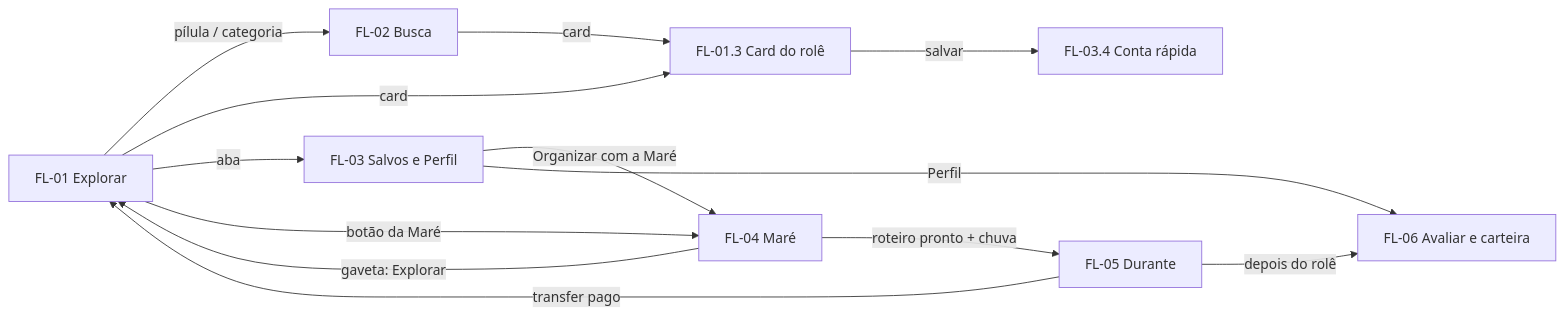
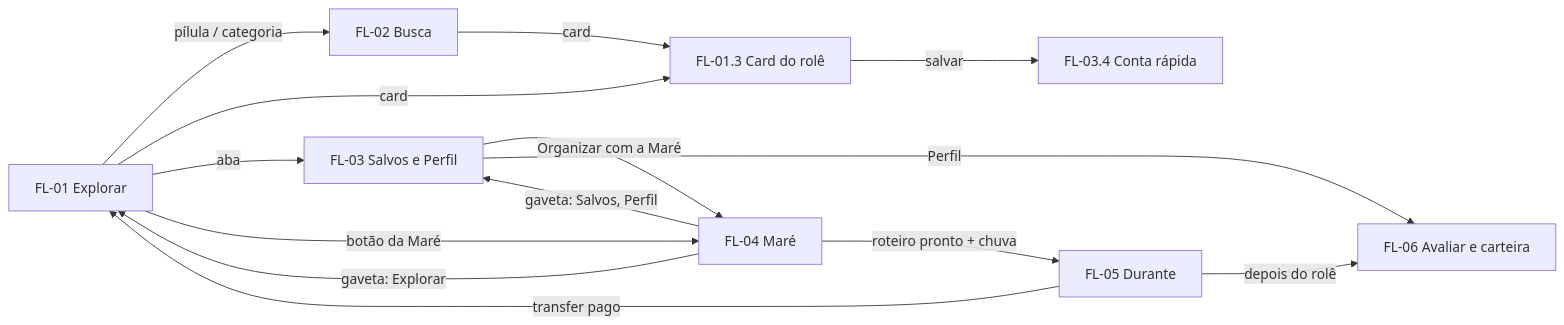
Before and after one commit to RodrigoPabloMelo/service-design: the diagram in docs/fluxos/README.md, drawn with Mermaid. The commit also changed 6 other files, not shown here.

````diff
--- a/docs/fluxos/README.md
+++ b/docs/fluxos/README.md
@@ -32,15 +32,16 @@
 ```mermaid
 flowchart LR
   H[FL-01 Explorar] -->|pílula / categoria| B[FL-02 Busca]
   B -->|card| R[FL-01.3 Card do rolê]
   H -->|card| R
   R -->|salvar| C[FL-03.4 Conta rápida]
   H -->|aba| S[FL-03 Salvos e Perfil]
   S -->|Organizar com a Maré| A[FL-04 Maré]
   H -->|botão da Maré| A
   A -->|gaveta: Explorar| H
+  A -->|gaveta: Salvos, Perfil| S
   A -->|roteiro pronto + chuva| D[FL-05 Durante]
   D -->|transfer pago| H
   D -->|depois do rolê| P[FL-06 Avaliar e carteira]
   S -->|Perfil| P
 ```
````
